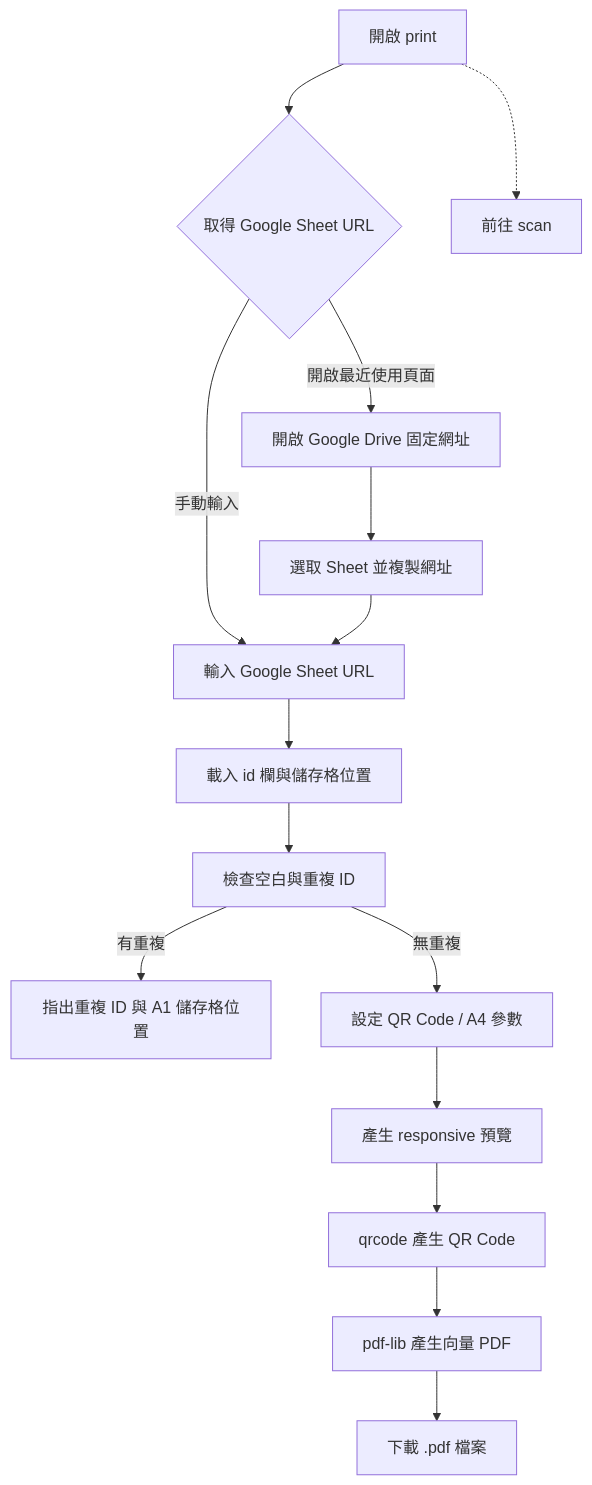
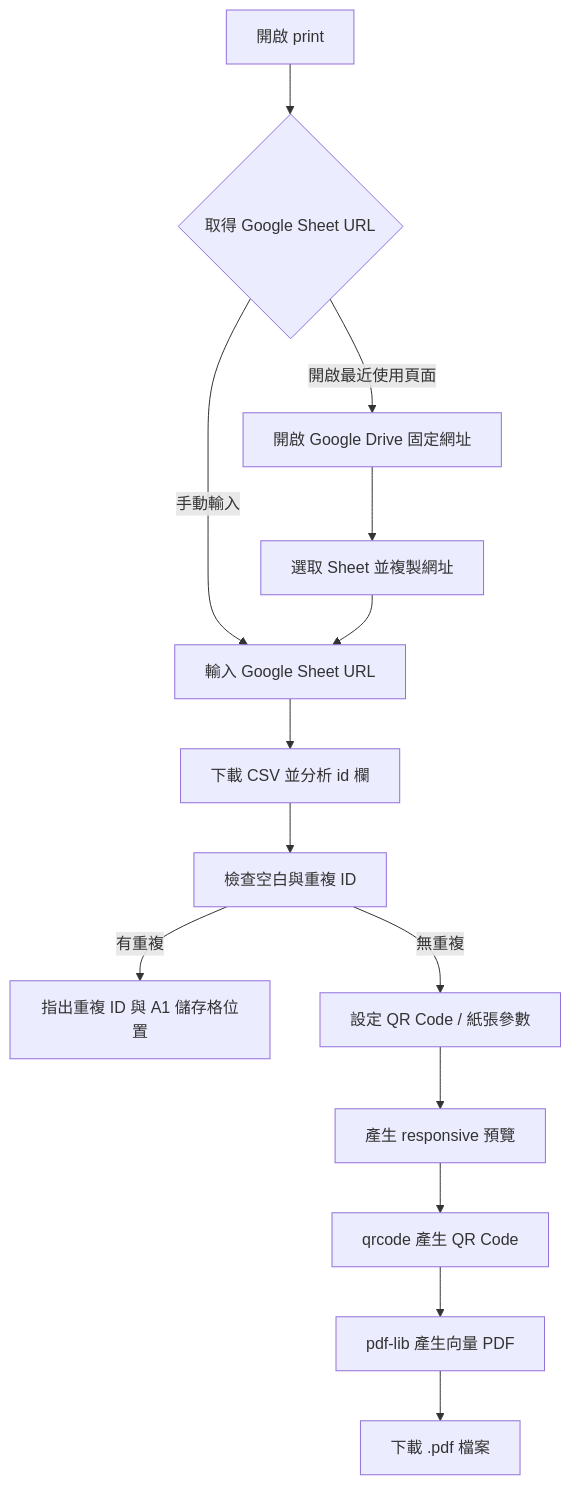
One commit to pulipulichen/Mobile-Inventory-Scanner changed the diagram in print/README.md. Above: the diagram before and after it, drawn with Mermaid. The commit also changed other lines of this file and 64 other files, not shown here.

````diff
--- a/print/README.md
+++ b/print/README.md
@@ -56,17 +55,16 @@
 ```mermaid
 flowchart TB
     A["開啟 print"] --> B{"取得 Google Sheet URL"}
     B -->|"手動輸入"| C["輸入 Google Sheet URL"]
     B -->|"開啟最近使用頁面"| D["開啟 Google Drive 固定網址"]
     D --> E["選取 Sheet 並複製網址"]
     E --> C
-    C --> F["載入 id 欄與儲存格位置"]
+    C --> F["下載 CSV 並分析 id 欄"]
     F --> G["檢查空白與重複 ID"]
     G -->|"有重複"| H["指出重複 ID 與 A1 儲存格位置"]
-    G -->|"無重複"| I["設定 QR Code / A4 參數"]
+    G -->|"無重複"| I["設定 QR Code / 紙張參數"]
     I --> J["產生 responsive 預覽"]
     J --> K["qrcode 產生 QR Code"]
     K --> L["pdf-lib 產生向量 PDF"]
     L --> M["下載 .pdf 檔案"]
-    A -.-> S["前往 scan"]
 ```
````
